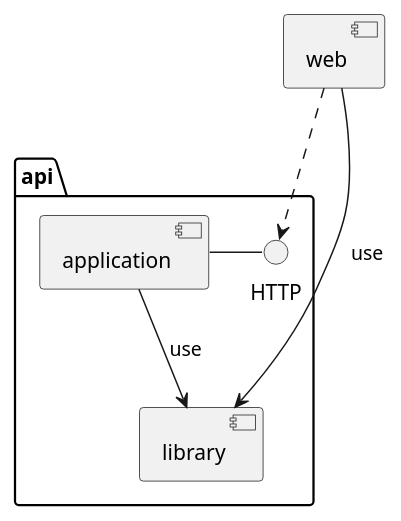
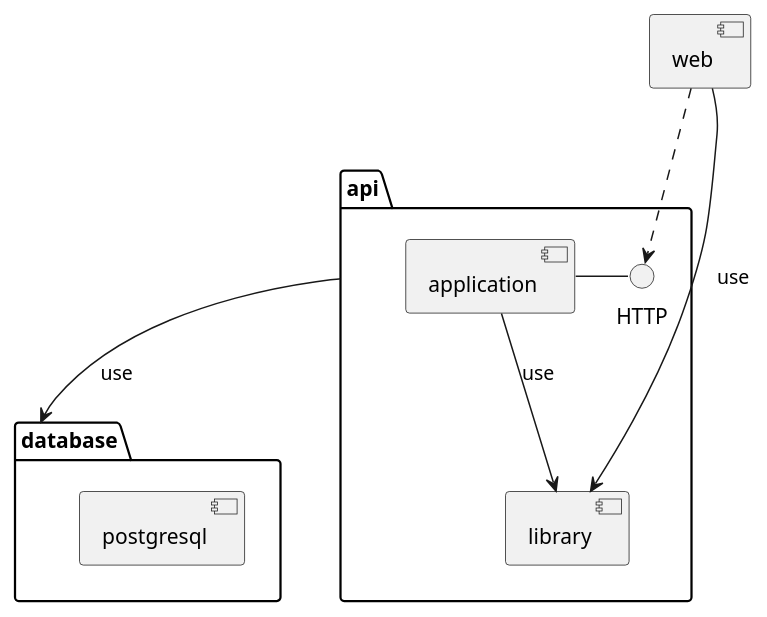
Before and after one commit to javastudyaccount/java: the diagram in mahjong/docs/Mahjiang.md, drawn with PlantUML. The commit also changed other lines of this file and 5 other files, not shown here.

````diff
--- a/mahjong/docs/Mahjiang.md
+++ b/mahjong/docs/Mahjiang.md
@@ -61,13 +62,17 @@
 ```plantuml
 @startuml
 
 [web]
 package "api"{
     [application]-HTTP
     [library]
 }
+package "database"{
+    [postgresql]
+}
 [web] --> [library] : use
 [application] --> [library] : use
 [web] ..> HTTP
+api --> database : use
 @enduml
 ```
````
